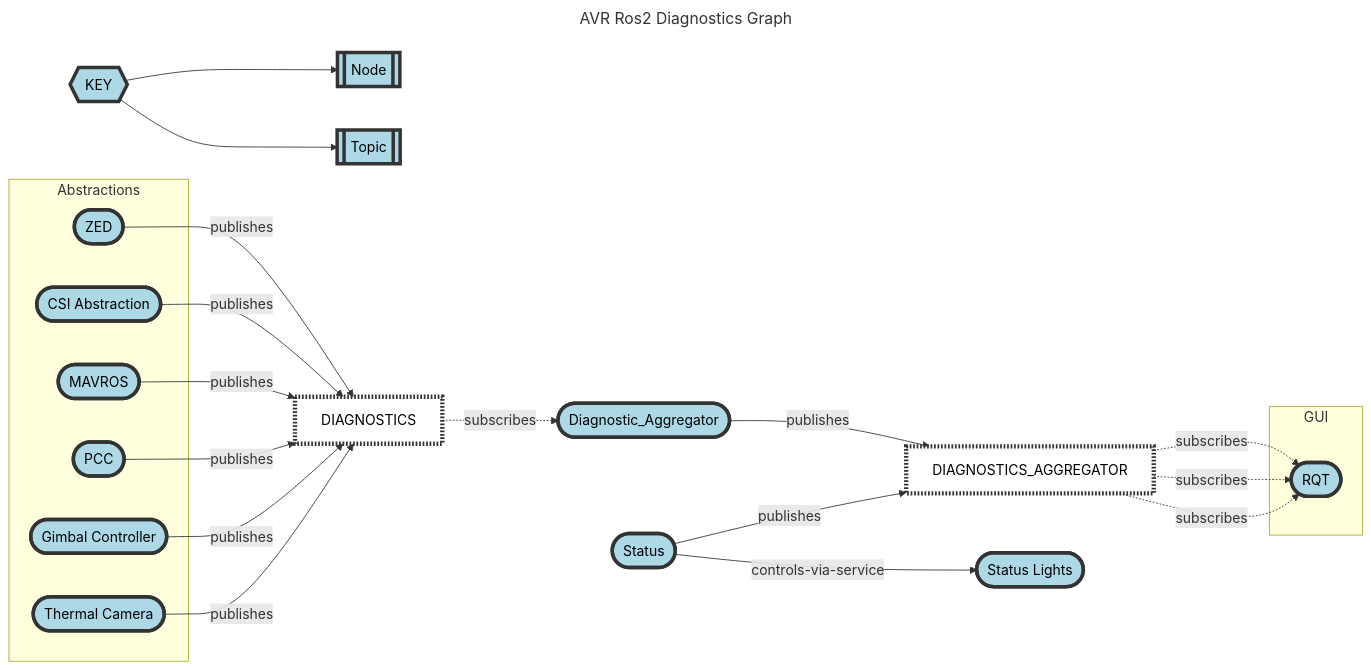
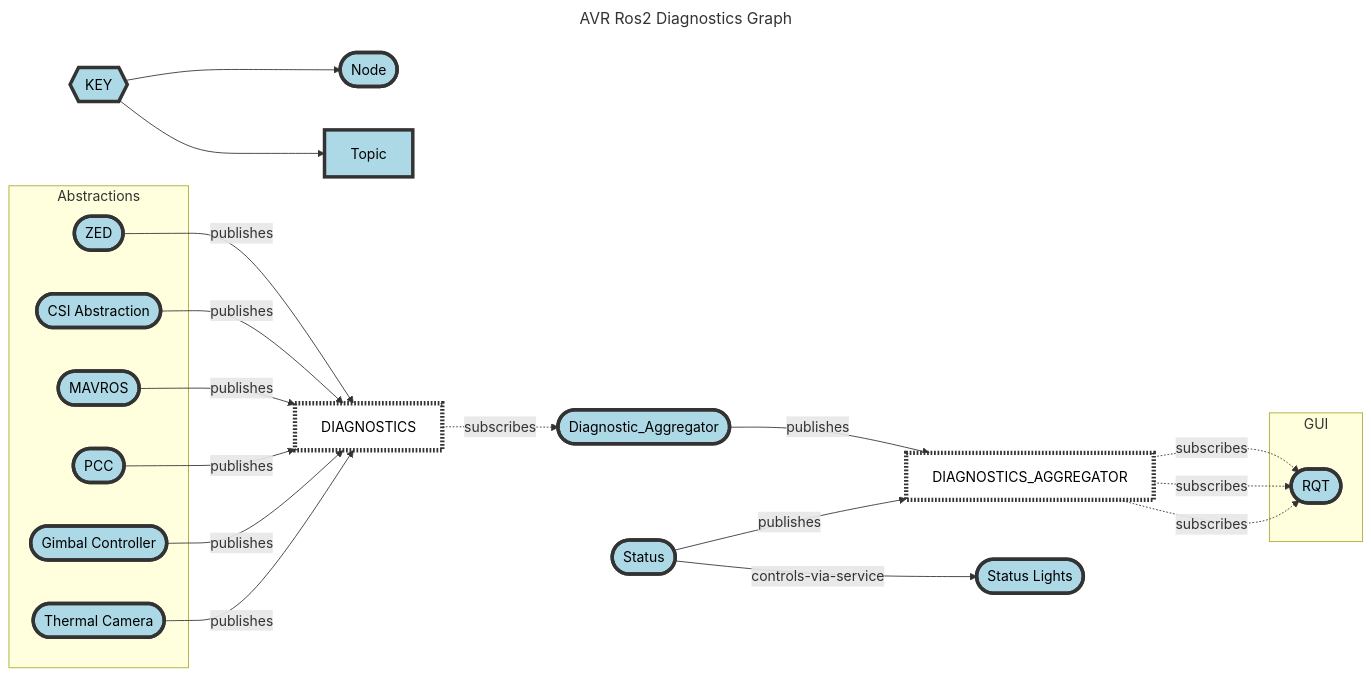
Before and after one commit to Daedalus-Robotics/avr_2023_documentation: the diagram in README.md, drawn with Mermaid.

````diff
--- a/README.md
+++ b/README.md
@@ -1,51 +1,51 @@
 ```mermaid
 ---
 title: AVR Ros2 Diagnostics Graph
 ---
 flowchart LR
     
     classDef node fill:lightBlue,color:black,stroke:#333,stroke-width:4px
     classDef topic fill:white,color:black,stroke:#333,stroke-width:5px, stroke-dasharray: 2 2
 
-    legend{{KEY}}-->i1[[Node]]
-    legend-->i2[[Topic]]
+    legend{{KEY}}-->i1([Node])
+    legend-->i2[Topic]
     
     diagnostics_topic[DIAGNOSTICS]:::topic
     diag_agg([Diagnostic_Aggregator])
     diag_agg_topic[DIAGNOSTICS_AGGREGATOR]:::topic
     status_node([Status])
     status_lights([Status Lights])
     RQT/GUI([RQT])
     
     zed([ZED])
     
    
     
     subgraph Abstractions 
         zed
         CSI_abs
         Mavros
         PCC
         gimcont
         themcam
     end
     
     subgraph GUI 
         RQT/GUI
     end
     
     zed --publishes-->diagnostics_topic
     CSI_abs([CSI Abstraction]) --publishes-->diagnostics_topic
     Mavros([MAVROS]) --publishes-->diagnostics_topic
     PCC([PCC]) --publishes-->diagnostics_topic
     gimcont([Gimbal Controller]) --publishes-->diagnostics_topic
     themcam([Thermal Camera]) --publishes-->diagnostics_topic
     diagnostics_topic -. subscribes .->diag_agg
     diag_agg --publishes-->diag_agg_topic
     status_node --publishes-->diag_agg_topic
     status_node --controls-via-service-->status_lights
     diag_agg_topic -. subscribes .-> RQT/GUI
     diag_agg_topic -. subscribes .-> RQT/GUI
     diag_agg_topic -. subscribes .-> RQT/GUI 
 
 ```
````
